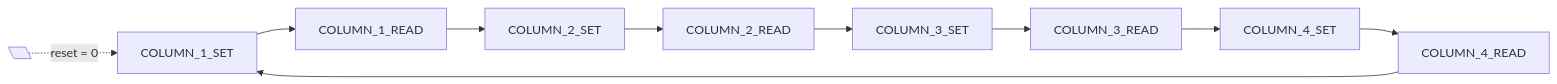
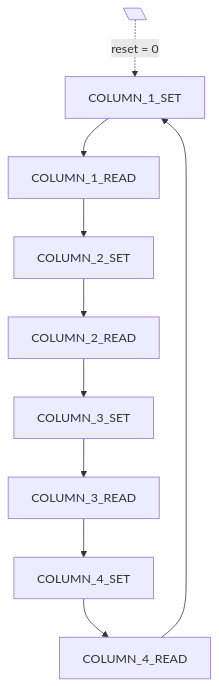
One commit to NikLeberg/neorv32_soc changed the first of 2 diagrams in vhdl/keypad/README.md. Above: the diagram before and after it, drawn with Mermaid. The commit also changed other lines of this file and 5 other files, not shown here.

````diff
--- a/vhdl/keypad/README.md
+++ b/vhdl/keypad/README.md
@@ -11,13 +11,13 @@
 ```mermaid
-flowchart LR;
+flowchart TD;
     S1[COLUMN_1_SET];
     R1[COLUMN_1_READ];
     S2[COLUMN_2_SET];
     R2[COLUMN_2_READ];
     S3[COLUMN_3_SET];
     R3[COLUMN_3_READ];
     S4[COLUMN_4_SET];
     R4[COLUMN_4_READ];
     r[\" "\] -.->|reset = 0| S1;
     S1 --> R1 --> S2 --> R2 --> S3 --> R3 --> S4 --> R4 --> S1;
 ```
````
